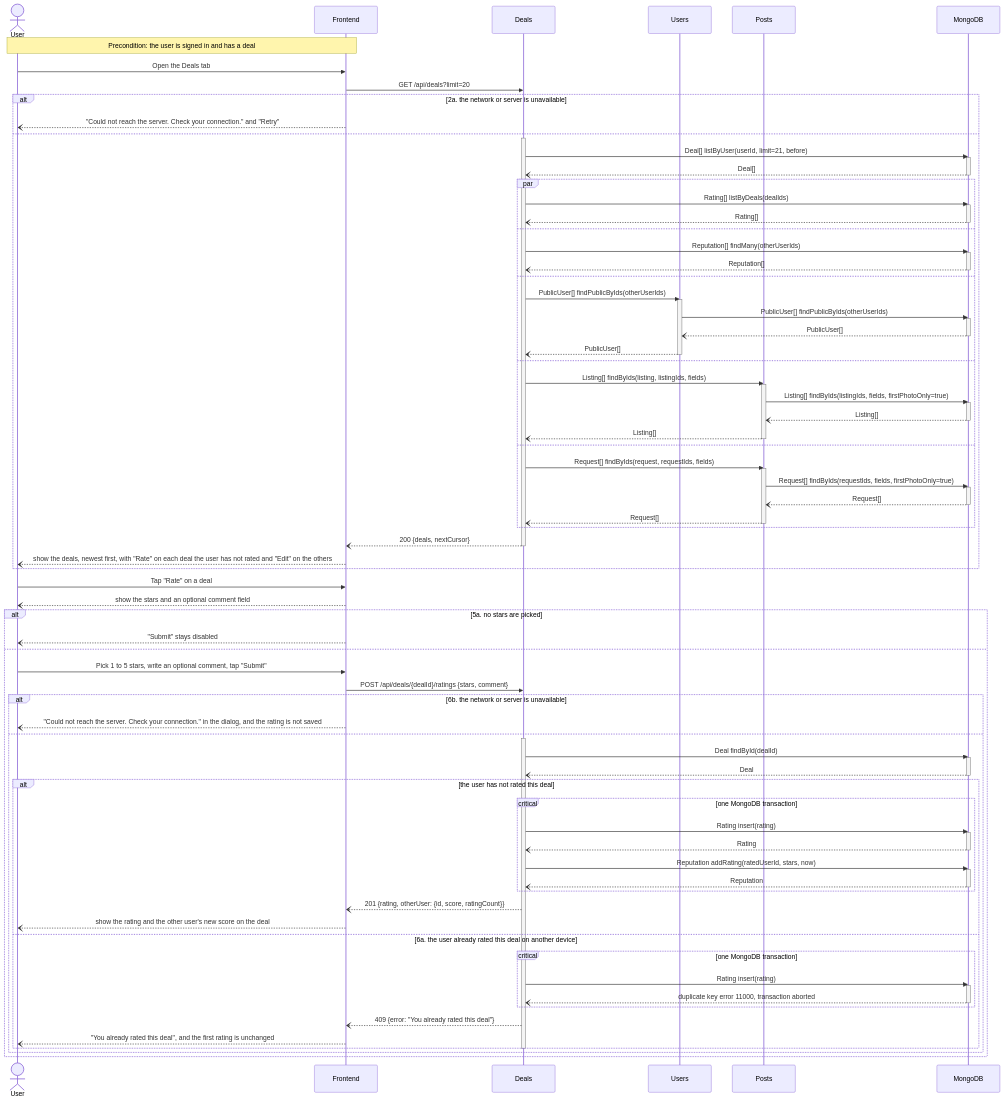
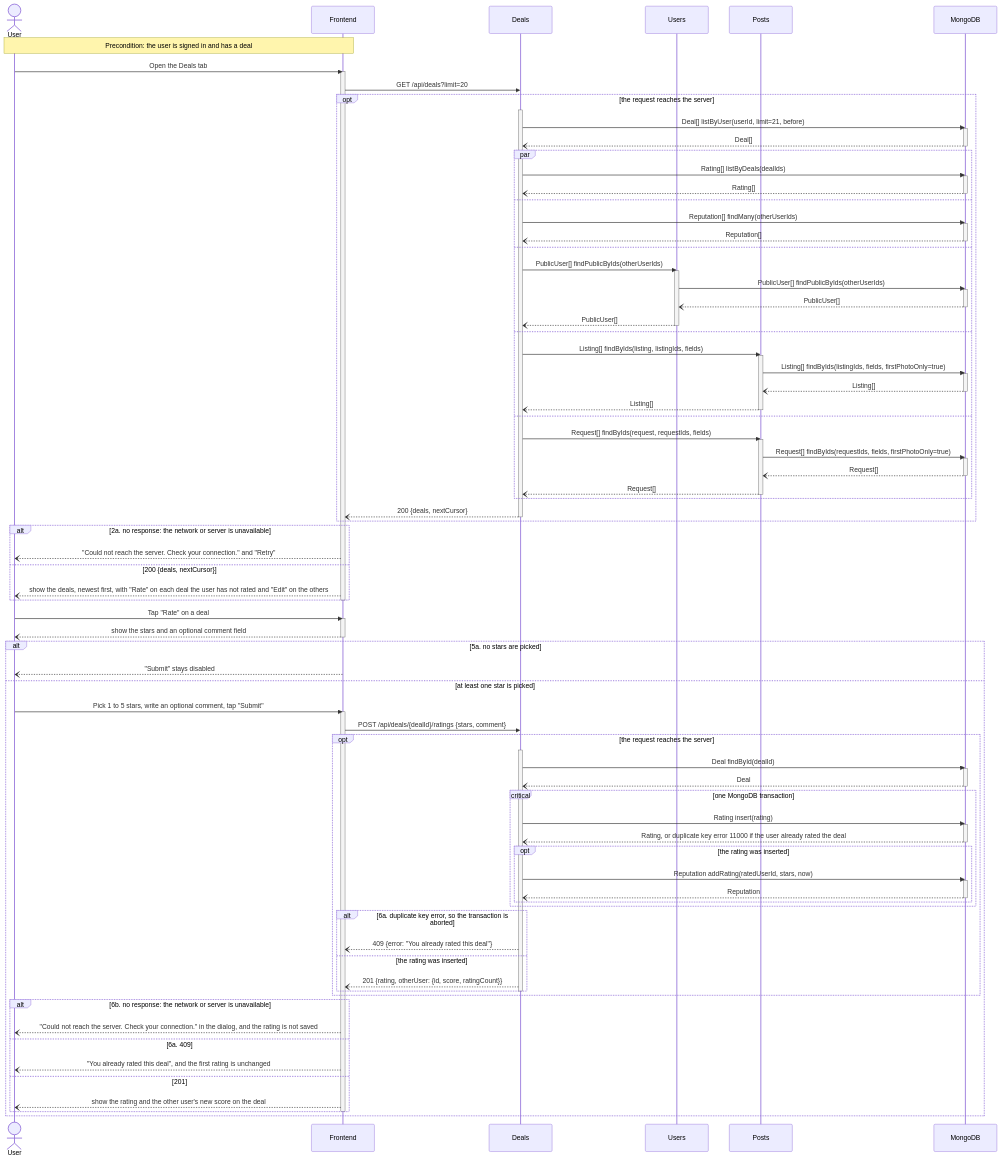
One commit to m1lun/MatchMarket changed the third of 6 diagrams in documentation/Requirements_and_Design.md. Above: the diagram before and after it, drawn with Mermaid. The commit also changed other lines of this file and 4 other files, not shown here.

````diff
--- a/documentation/Requirements_and_Design.md
+++ b/documentation/Requirements_and_Design.md
@@ -661,10 +678,9 @@
     participant DB as MongoDB
     Note over U,FE: Precondition: the user is signed in and has a deal
     U->>FE: Open the Deals tab
+    activate FE
     FE->>D: GET /api/deals?limit=20
-    alt 2a. the network or server is unavailable
-        FE--)U: "Could not reach the server. Check your connection." and "Retry"
-    else
+    opt the request reaches the server
         activate D
         D->>DB: Deal[] listByUser(userId, limit=21, before)
         activate DB
@@ -710,47 +726,55 @@
         end
         D--)FE: 200 {deals, nextCursor}
         deactivate D
+    end
+    alt 2a. no response: the network or server is unavailable
+        FE--)U: "Could not reach the server. Check your connection." and "Retry"
+    else 200 {deals, nextCursor}
         FE--)U: show the deals, newest first, with "Rate" on each deal the user has not rated and "Edit" on the others
     end
+    deactivate FE
     U->>FE: Tap "Rate" on a deal
+    activate FE
     FE--)U: show the stars and an optional comment field
+    deactivate FE
     alt 5a. no stars are picked
         FE--)U: "Submit" stays disabled
-    else
+    else at least one star is picked
         U->>FE: Pick 1 to 5 stars, write an optional comment, tap "Submit"
+        activate FE
         FE->>D: POST /api/deals/{dealId}/ratings {stars, comment}
-        alt 6b. the network or server is unavailable
-            FE--)U: "Could not reach the server. Check your connection." in the dialog, and the rating is not saved
-        else
+        opt the request reaches the server
             activate D
             D->>DB: Deal findById(dealId)
             activate DB
             DB--)D: Deal
             deactivate DB
-            alt the user has not rated this deal
-                critical one MongoDB transaction
-                    D->>DB: Rating insert(rating)
-                    activate DB
-                    DB--)D: Rating
-                    deactivate DB
+            critical one MongoDB transaction
+                D->>DB: Rating insert(rating)
+                activate DB
+                DB--)D: Rating, or duplicate key error 11000 if the user already rated the deal
+                deactivate DB
+                opt the rating was inserted
                     D->>DB: Reputation addRating(ratedUserId, stars, now)
                     activate DB
                     DB--)D: Reputation
                     deactivate DB
                 end
+            end
+            alt 6a. duplicate key error, so the transaction is aborted
+                D--)FE: 409 {error: "You already rated this deal"}
+            else the rating was inserted
                 D--)FE: 201 {rating, otherUser: {id, score, ratingCount}}
-                FE--)U: show the rating and the other user's new score on the deal
-            else 6a. the user already rated this deal on another device
-                critical one MongoDB transaction
-                    D->>DB: Rating insert(rating)
-                    activate DB
-                    DB--)D: duplicate key error 11000, transaction aborted
-                    deactivate DB
-                end
-                D--)FE: 409 {error: "You already rated this deal"}
-                FE--)U: "You already rated this deal", and the first rating is unchanged
             end
             deactivate D
         end
+        alt 6b. no response: the network or server is unavailable
+            FE--)U: "Could not reach the server. Check your connection." in the dialog, and the rating is not saved
+        else 6a. 409
+            FE--)U: "You already rated this deal", and the first rating is unchanged
+        else 201
+            FE--)U: show the rating and the other user's new score on the deal
+        end
+        deactivate FE
     end
 ```
````
